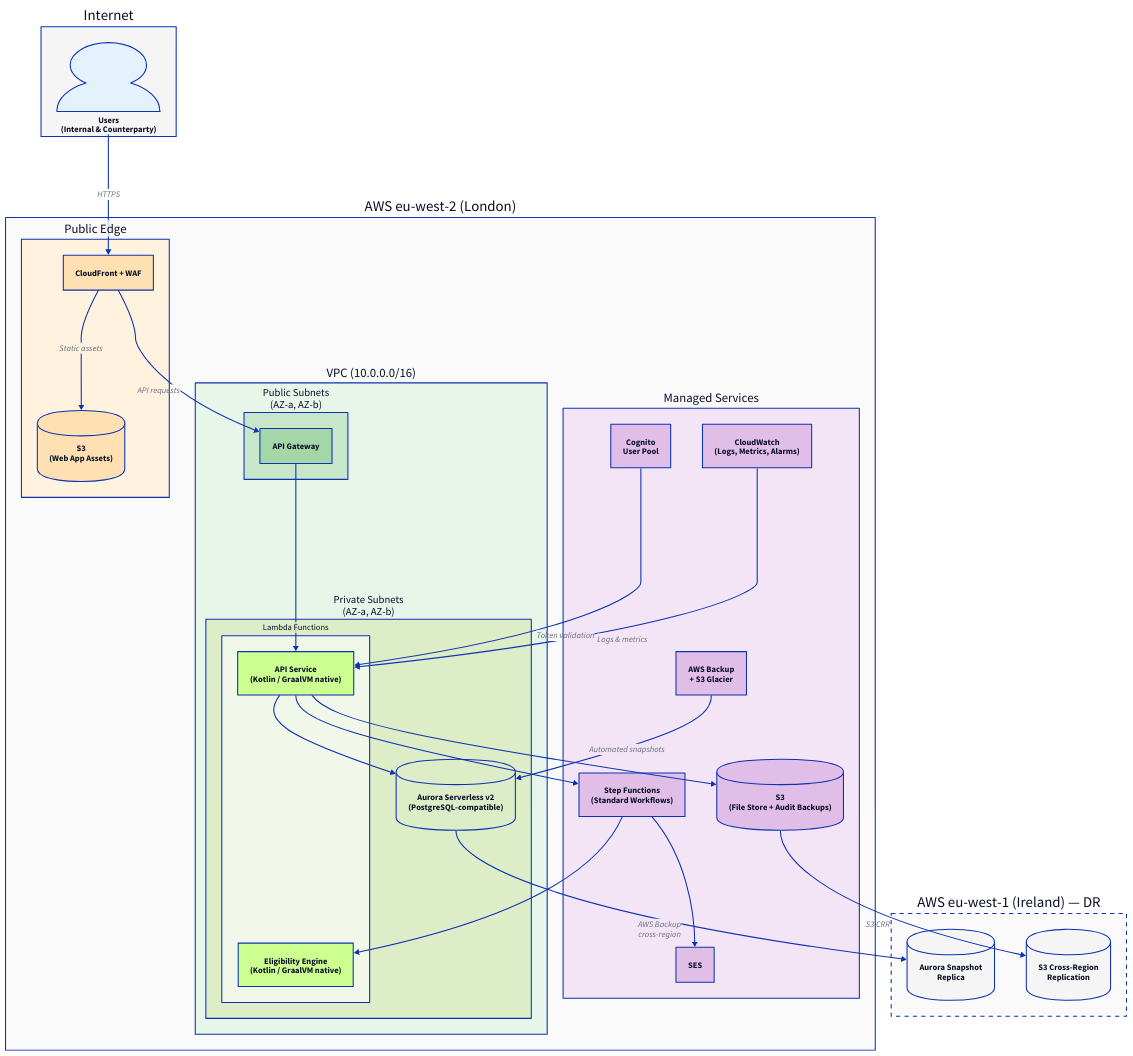
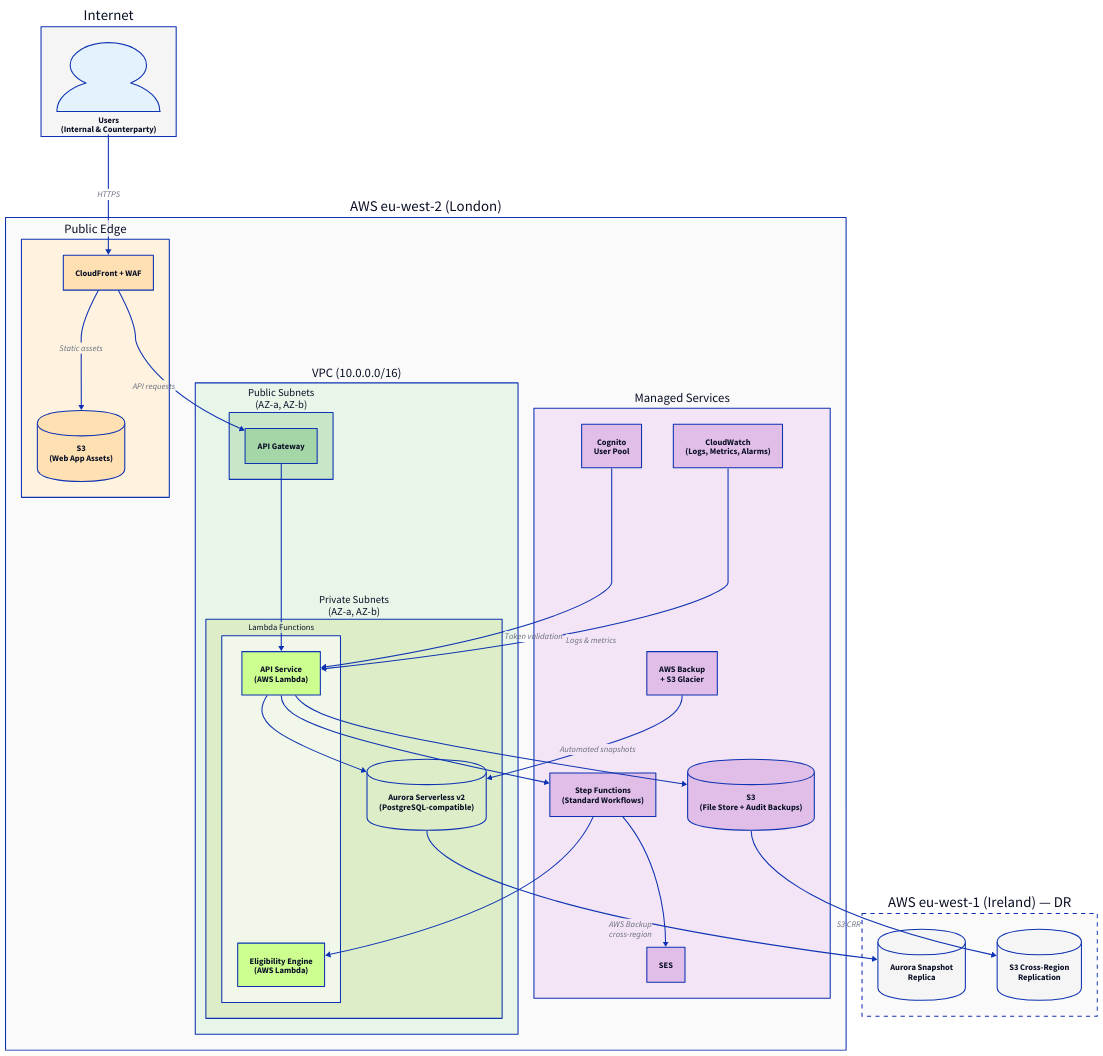
One commit to mosurekImagination/solution-architecture-case-studies changed the eighth of 8 diagrams in 03/docs/solution-design.adoc. Above: the diagram before and after it, drawn with D2. The commit also changed other lines of this file and 34 other files, not shown here.

```diff
--- a/03/docs/solution-design.adoc
+++ b/03/docs/solution-design.adoc
@@ -1526,10 +1506,10 @@
 
       lambda: Lambda Functions {
         style.fill: "#F1F8E9"
-        apiLambda: API Service\n(Kotlin / GraalVM native) {
+        apiLambda: API Service\n(AWS Lambda) {
           style.fill: "#CCFF90"
         }
-        eligLambda: Eligibility Engine\n(Kotlin / GraalVM native) {
+        eligLambda: Eligibility Engine\n(AWS Lambda) {
           style.fill: "#CCFF90"
         }
       }
```
